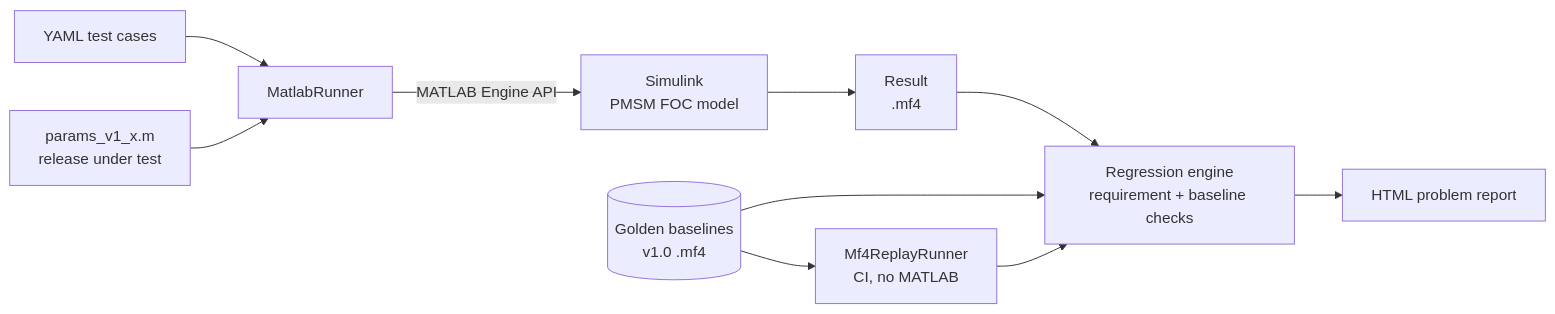
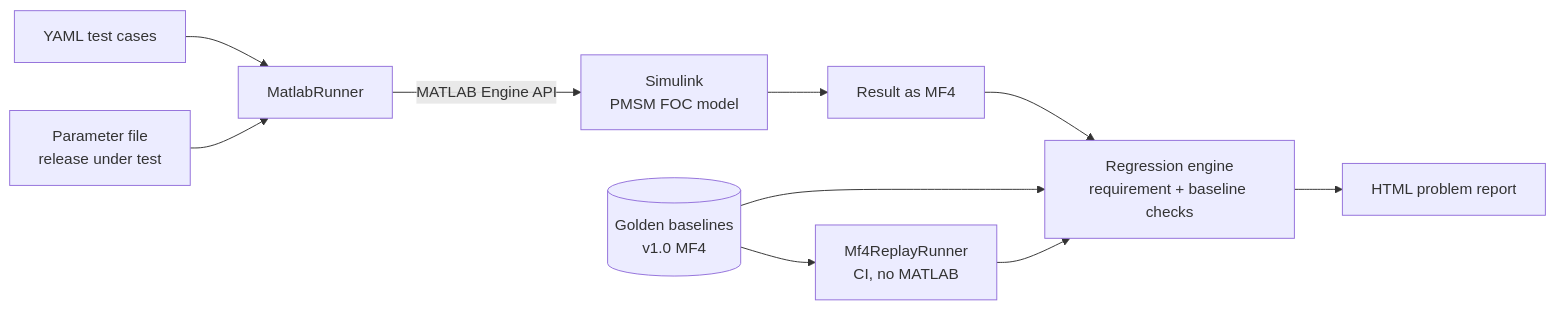
Before and after one commit to maddy-972/pmsm-regression: the first of 2 diagrams in README.md, drawn with Mermaid. The commit also changed other lines of this file, not shown here.

Commit message:
Fix README diagrams

````diff
--- a/README.md
+++ b/README.md
@@ -23,11 +23,12 @@
 ```mermaid
 flowchart LR
-    Y[YAML test cases] --> R[MatlabRunner]
-    P[params_v1_x.m<br/>release under test] --> R
-    R -- MATLAB Engine API --> S[Simulink<br/>PMSM FOC model]
-    S --> M[Result<br/>.mf4]
-    M --> E[Regression engine<br/>requirement + baseline checks]
-    B[(Golden baselines<br/>v1.0 .mf4)] --> E
-    E --> H[HTML problem report]
-    B --> RR[Mf4ReplayRunner<br/>CI, no MATLAB] --> E
+    Y["YAML test cases"] --> R["MatlabRunner"]
+    P["Parameter file<br/>release under test"] --> R
+    R -->|"MATLAB Engine API"| S["Simulink<br/>PMSM FOC model"]
+    S --> M["Result as MF4"]
+    M --> E["Regression engine<br/>requirement + baseline checks"]
+    B[("Golden baselines<br/>v1.0 MF4")] --> E
+    E --> H["HTML problem report"]
+    B --> RR["Mf4ReplayRunner<br/>CI, no MATLAB"]
+    RR --> E
 ```
````
